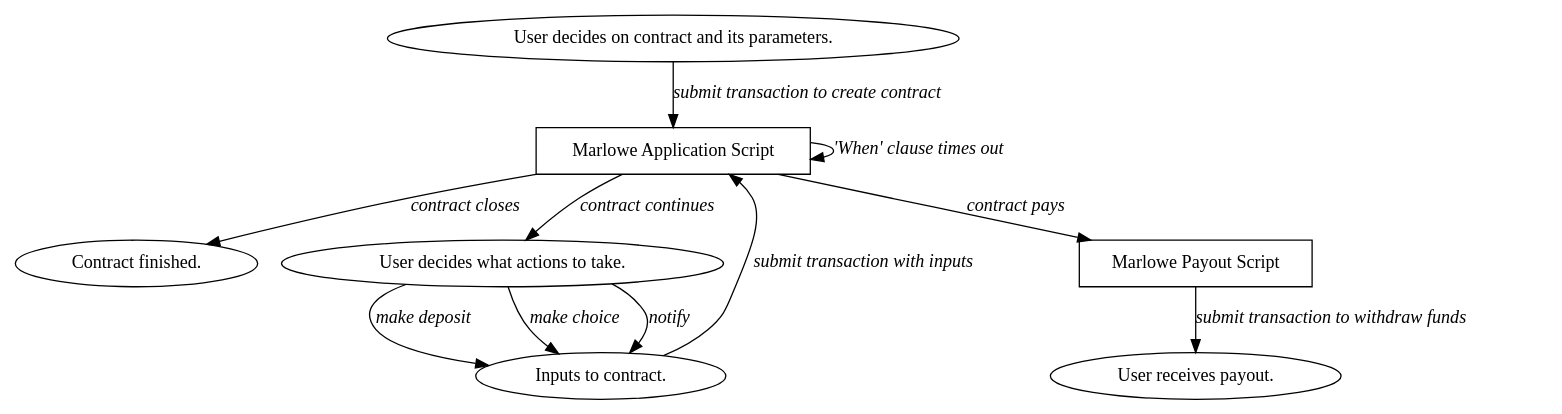
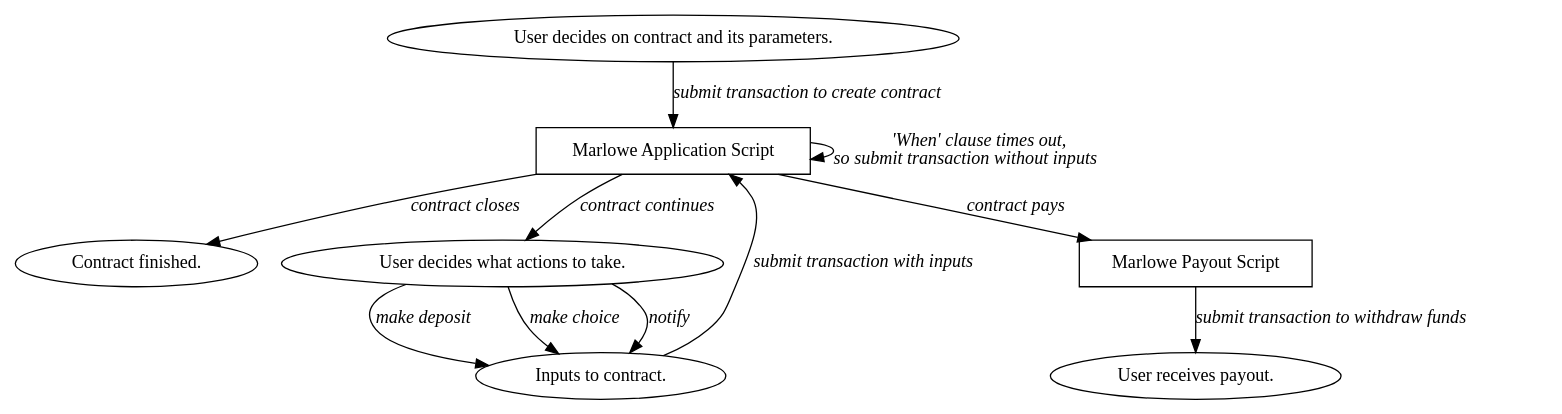
The diagram in diagrams/lifecycle.dot (input-output-hk/real-world-marlowe), drawn with Graphviz before and after one commit. The commit also changed 28 other files, not shown here.

Commit message:
SCP-3948 Revised first segment of marlowe-cli lecture and diagrams.

```diff
--- a/diagrams/lifecycle.dot
+++ b/diagrams/lifecycle.dot
@@ -1,48 +1,48 @@
 digraph Lifecycle {
 
 
 node [shape=box]
 
 
 UserSelect [shape=oval label="User decides on contract and its parameters."]
 
 
 ApplicationScript [label="Marlowe Application Script"]
 
 UserSelect -> ApplicationScript [label=<<i>submit transaction to create contract</i>>]
 
-ApplicationScript-> ApplicationScript [label=<<i>'When' clause times out</i>>]
+ApplicationScript-> ApplicationScript [label=<<i>'When' clause times out,<br/>so submit transaction without inputs</i>>]
 
 
 Close [shape=oval label="Contract finished."]
 
 ApplicationScript -> Close [label=<<i>contract closes</i>>]
 
 
 UserDecide [shape=oval label="User decides what actions to take."]
 
 ApplicationScript -> UserDecide [label=<<i>contract continues</i>>]
 
 
 Inputs [shape=oval label="Inputs to contract."]
 
 UserDecide -> Inputs [label=<<i>make deposit</i>>]
 
 UserDecide -> Inputs [label=<<i>make choice</i>>]
 
 UserDecide -> Inputs [label=<<i>notify</i>>]
 
 Inputs -> ApplicationScript [label=<<i>submit transaction with inputs</i>>]
 
 
 PayoutScript [label="Marlowe Payout Script"]
 
 ApplicationScript -> PayoutScript [label=<<i>contract pays</i>>]
 
 
 UserFunds [shape=oval label="User receives payout."]
 
 PayoutScript -> UserFunds [label=<<i>submit transaction to withdraw funds</i>>]
 
 
 }
```
